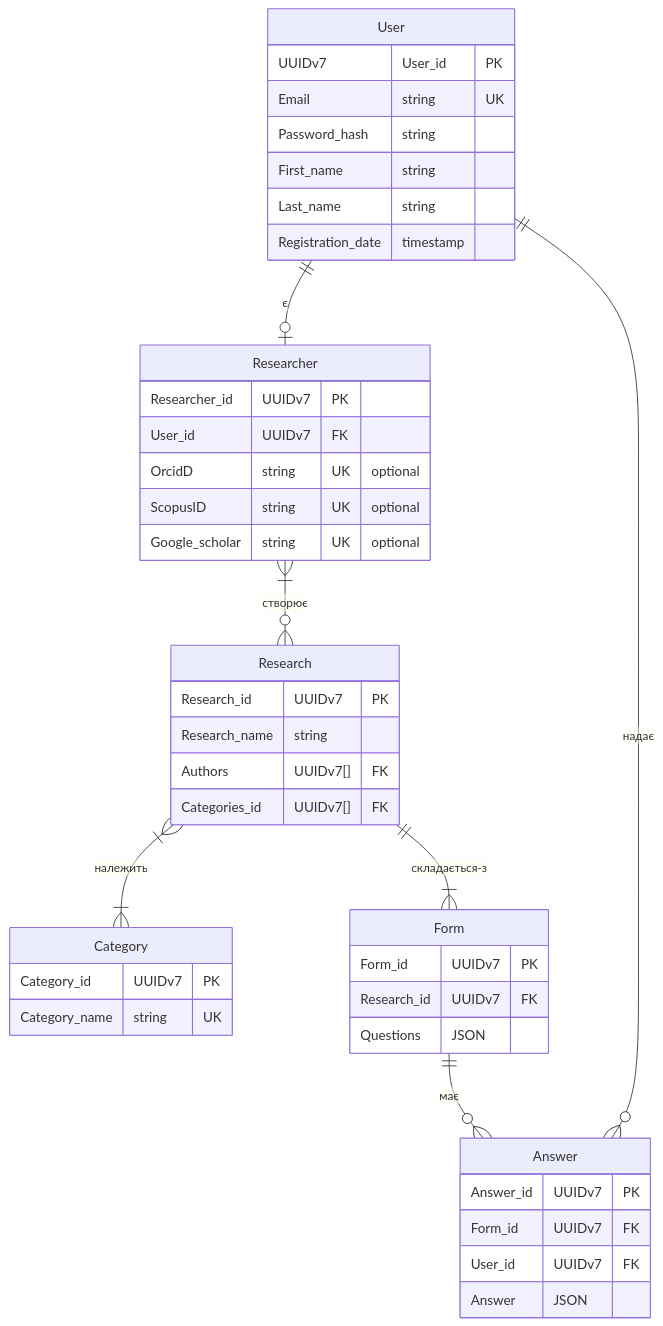
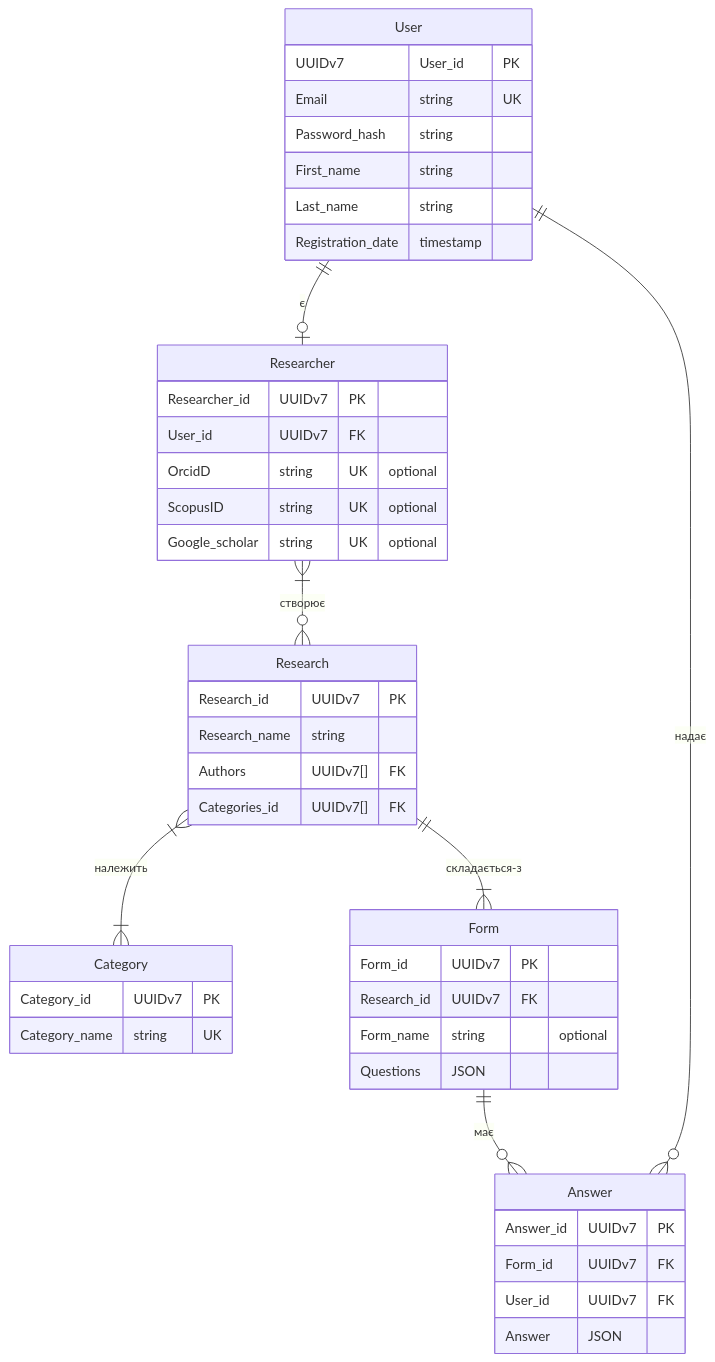
The diagram in Lab1/diagram/ERdiagram.mmd (LenivyKrabik/KPI2), drawn with Mermaid before and after one commit. The commit also changed 2 other files, not shown here.

Commit message:
Added optional names for fomrs

```diff
--- a/Lab1/diagram/ERdiagram.mmd
+++ b/Lab1/diagram/ERdiagram.mmd
@@ -1,44 +1,45 @@
 erDiagram
     User {
         UUIDv7 User_id PK
         Email string UK
         Password_hash string
         First_name string
         Last_name string
         Registration_date timestamp
     }
     Researcher {
         Researcher_id UUIDv7 PK
         User_id UUIDv7 FK
         OrcidD string UK "optional"
         ScopusID string UK "optional"
         Google_scholar string UK "optional"
     }
     Research {
         Research_id UUIDv7 PK
         Research_name string
         Authors UUIDv7[] FK
         Categories_id UUIDv7[] FK
     }
     Category {
         Category_id UUIDv7 PK
         Category_name string UK
     }
     Form {
         Form_id UUIDv7 PK
         Research_id UUIDv7 FK
+        Form_name string "optional"
         Questions JSON
     }
     Answer {
         Answer_id UUIDv7 PK
         Form_id UUIDv7 FK
         User_id UUIDv7 FK
         Answer JSON
     }
 
     User ||--o| Researcher : є
     Researcher }|--o{ Research : cтворює
     Research }|--|{ Category : належить
     Research ||--|{ Form : складається-з
     Form ||--o{ Answer : має
     User ||--o{ Answer : надає
```
